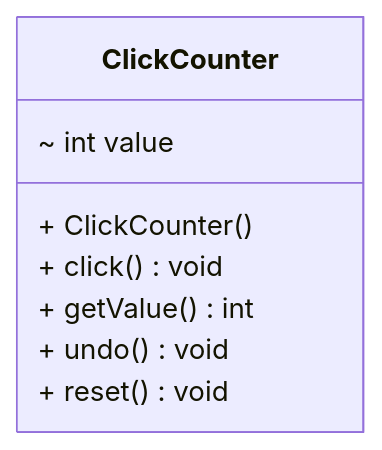
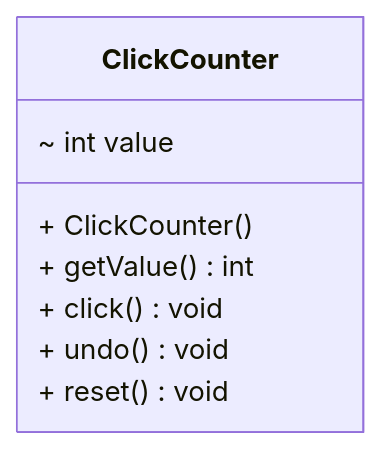
The first of 13 diagrams in src/main/java/com/nbicocchi/exercises/oop/README.md (nbicocchi/learn-java-core), drawn with Mermaid before and after one commit. The commit also changed other lines of this file, not shown here.

````diff
--- a/src/main/java/com/nbicocchi/exercises/oop/README.md
+++ b/src/main/java/com/nbicocchi/exercises/oop/README.md
@@ -19,12 +21,12 @@
 ```mermaid
 classDiagram
 direction BT
 class ClickCounter {
     ~ int value
     + ClickCounter()
+    + getValue() int
     + click() void
-    + getValue() int
     + undo() void
     + reset() void
 }
 ```
````
